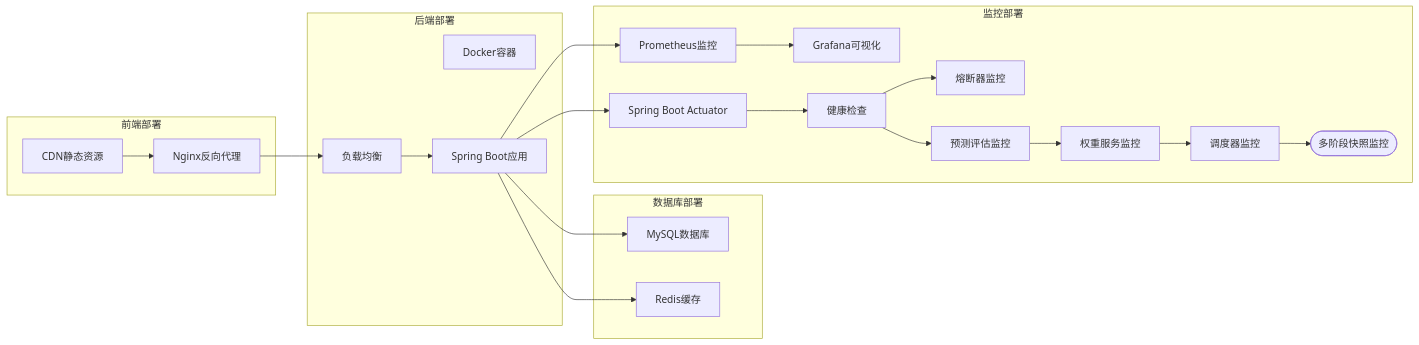
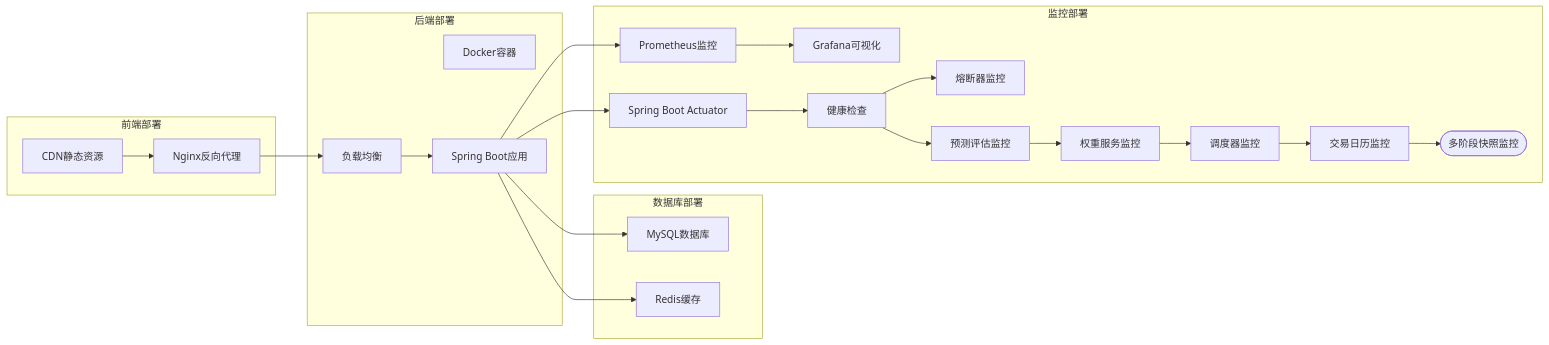
One commit to gree-coder/fund-butler changed diagram 23 of 23 in .qoder/repowiki/zh/content/核心功能开发/多源基金估值系统.md. Above: the diagram before and after it, drawn with Mermaid. The commit also changed other lines of this file and 5 other files, not shown here.

````diff
--- a/.qoder/repowiki/zh/content/核心功能开发/多源基金估值系统.md
+++ b/.qoder/repowiki/zh/content/核心功能开发/多源基金估值系统.md
@@ -1190,41 +1322,43 @@
 ```mermaid
 graph LR
 subgraph "前端部署"
 CDN[CDN静态资源]
 Nginx[Nginx反向代理]
 end
 subgraph "后端部署"
 Docker[Docker容器]
 LoadBalancer[负载均衡]
 SpringBoot[Spring Boot应用]
 end
 subgraph "数据库部署"
 MySQL[MySQL数据库]
 Redis[Redis缓存]
 end
 subgraph "监控部署"
 Prometheus[Prometheus监控]
 Grafana[Grafana可视化]
 Actuator[Spring Boot Actuator]
 HealthCheck[健康检查]
 CircuitBreaker[熔断器监控]
 EstimatePrediction[预测评估监控]
 WeightService[权重服务监控]
 Scheduler[调度器监控]
+TradingCalendar[交易日历监控]
 End([多阶段快照监控])
 end
 CDN --> Nginx
 Nginx --> LoadBalancer
 LoadBalancer --> SpringBoot
 SpringBoot --> MySQL
 SpringBoot --> Redis
 SpringBoot --> Prometheus
 Prometheus --> Grafana
 SpringBoot --> Actuator
 Actuator --> HealthCheck
 HealthCheck --> CircuitBreaker
 HealthCheck --> EstimatePrediction
 EstimatePrediction --> WeightService
 WeightService --> Scheduler
-Scheduler --> End
+Scheduler --> TradingCalendar
+TradingCalendar --> End
 ```
````
